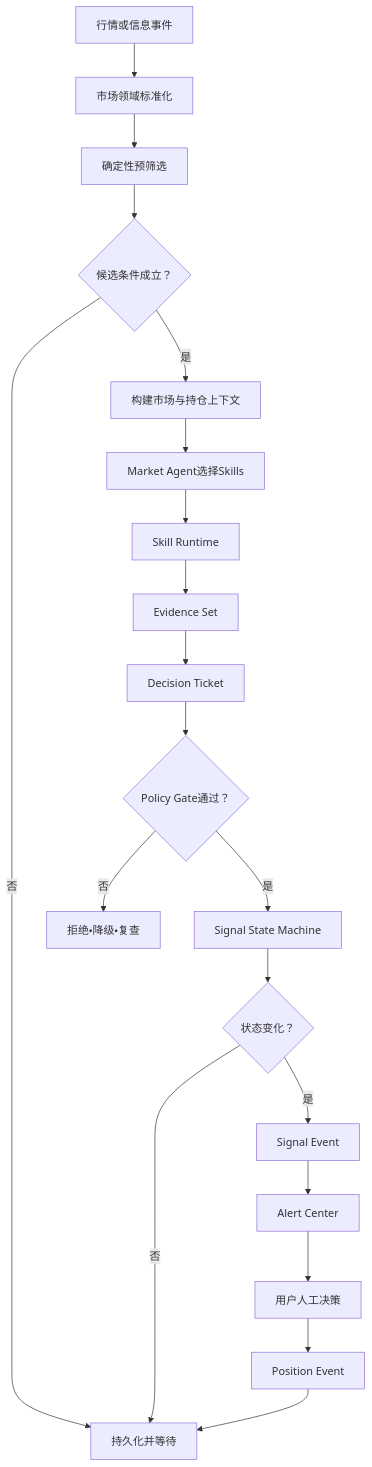
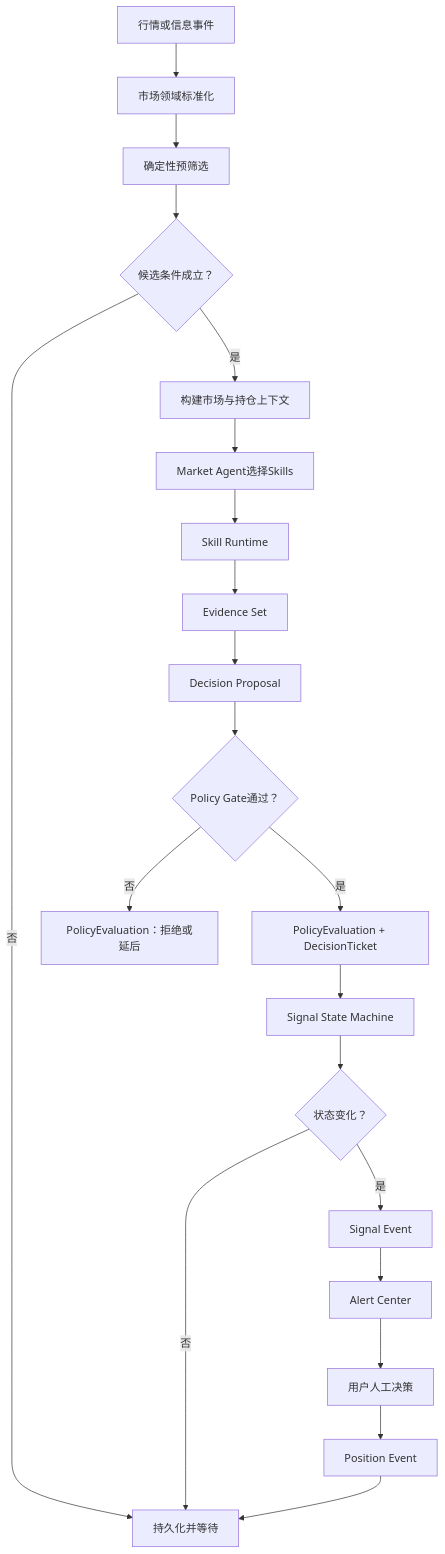
The second of 2 diagrams in docs/architecture/system/loot-system-architecture-v0.1.md (Jztice5/Loot), drawn with Mermaid before and after one commit. The commit also changed other lines of this file and 17 other files, not shown here.

````diff
--- a/docs/architecture/system/loot-system-architecture-v0.1.md
+++ b/docs/architecture/system/loot-system-architecture-v0.1.md
@@ -407,22 +448,23 @@
 ```mermaid
 flowchart TD
     E["行情或信息事件"] --> N["市场领域标准化"]
     N --> P["确定性预筛选"]
     P --> Q{"候选条件成立？"}
     Q -- "否" --> W["持久化并等待"]
     Q -- "是" --> C["构建市场与持仓上下文"]
     C --> A["Market Agent选择Skills"]
     A --> R["Skill Runtime"]
     R --> V["Evidence Set"]
-    V --> D["Decision Ticket"]
+    V --> D["Decision Proposal"]
     D --> G{"Policy Gate通过？"}
-    G -- "否" --> X["拒绝・降级・复查"]
-    G -- "是" --> S["Signal State Machine"]
+    G -- "否" --> X["PolicyEvaluation：拒绝或延后"]
+    G -- "是" --> K["PolicyEvaluation + DecisionTicket"]
+    K --> S["Signal State Machine"]
     S --> T{"状态变化？"}
     T -- "否" --> W
     T -- "是" --> B["Signal Event"]
     B --> L["Alert Center"]
     L --> U["用户人工决策"]
     U --> PE["Position Event"]
     PE --> W
 ```
````
